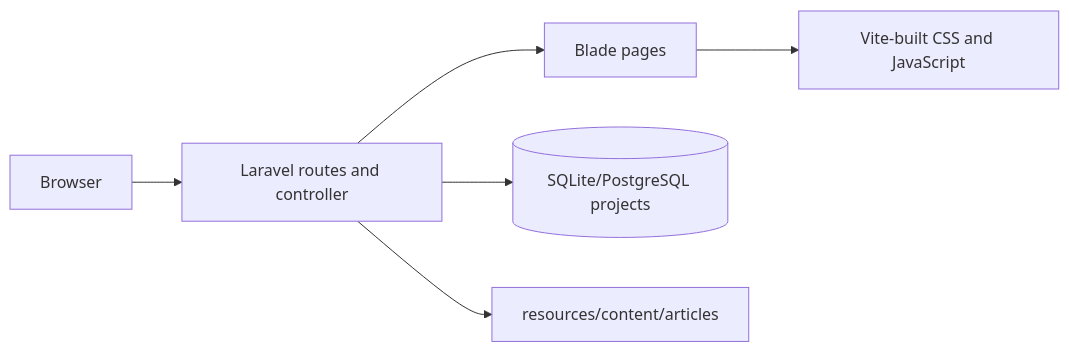
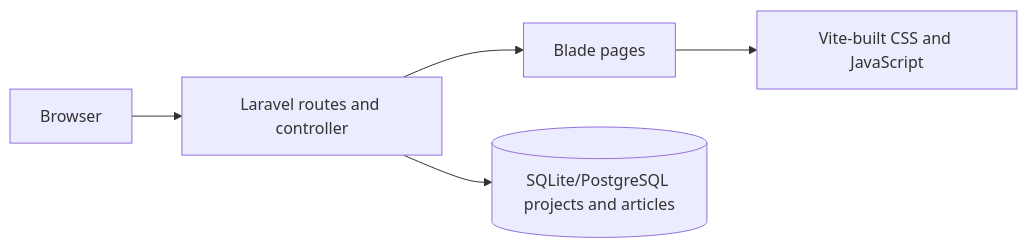
The diagram in README.md (jacksonsr451/portifolio-jacksonsr451), drawn with Mermaid before and after one commit. The commit also changed other lines of this file and 22 other files, not shown here.

````diff
--- a/README.md
+++ b/README.md
@@ -43,8 +63,7 @@
 ```mermaid
 flowchart LR
   Browser --> Laravel[Laravel routes and controller]
   Laravel --> Blade[Blade pages]
-  Laravel --> Database[(SQLite/PostgreSQL projects)]
-  Laravel --> Markdown[resources/content/articles]
+  Laravel --> Database[(SQLite/PostgreSQL projects and articles)]
   Blade --> Vite[Vite-built CSS and JavaScript]
 ```
````
